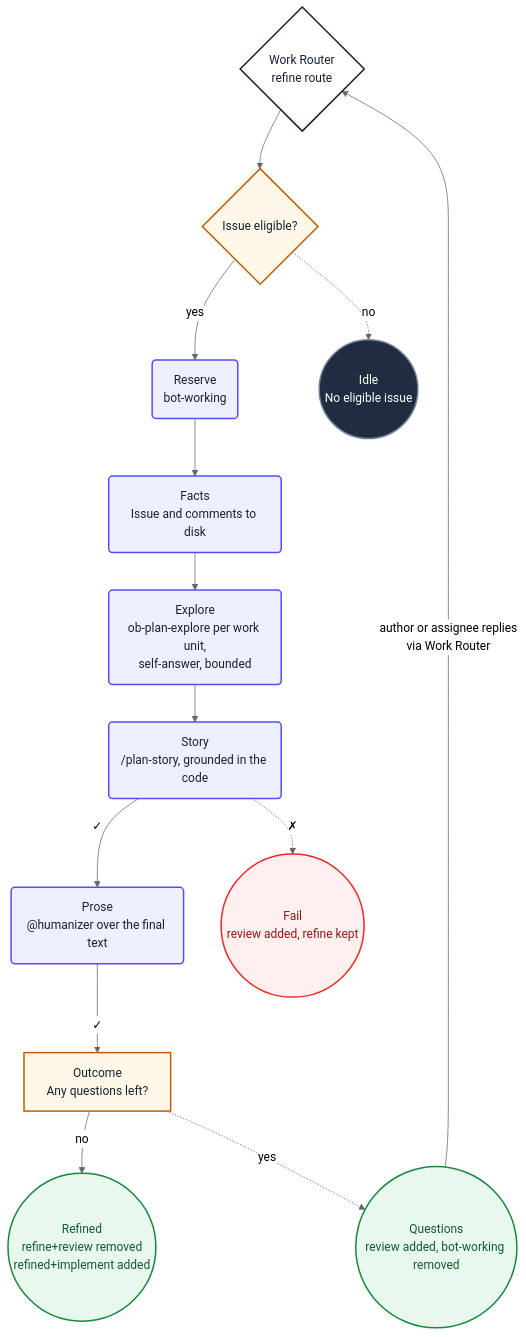
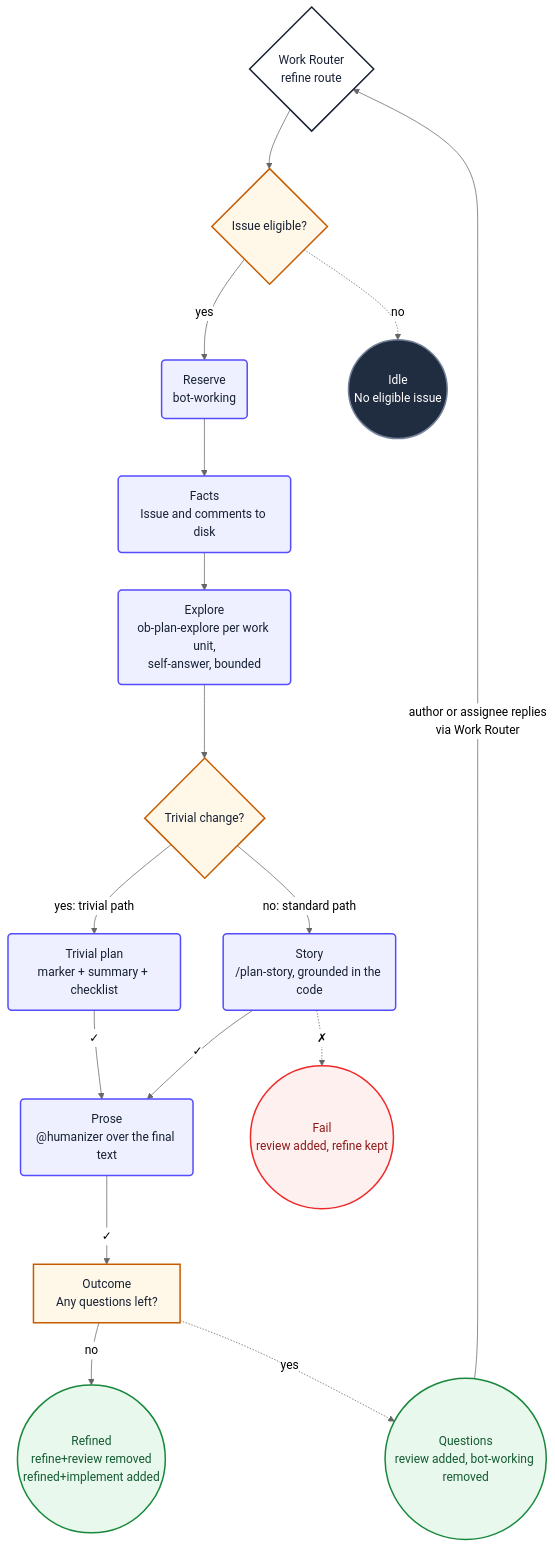
The diagram in loops/workflows/agent-refine.md (PlainConceptsPlatform/Agentic-Workflows), drawn with Mermaid (neutral theme) before and after one commit. The commit also changed other lines of this file and 1 other file, not shown here.

First line of the commit message:
feat: trivial change fast path in refine and implement

````diff
--- a/loops/workflows/agent-refine.md
+++ b/loops/workflows/agent-refine.md
@@ -347,33 +377,37 @@
 ```mermaid
 flowchart TD
     refStart{"Work Router<br/>refine route"} --> refPick
     refPick{"Issue eligible?"} -->|yes| refReserve
     refPick -.->|no| refIdle
     refReserve("Reserve<br/>bot-working") --> refFacts
     refFacts("Facts<br/>Issue and comments to disk") --> refExplore
-    refExplore("Explore<br/>ob-plan-explore per work unit,<br/>self-answer, bounded") --> refStory
+    refExplore("Explore<br/>ob-plan-explore per work unit,<br/>self-answer, bounded") --> refClassify
+    refClassify{"Trivial change?"}
+    refClassify -->|yes: trivial path| refTrivial
+    refClassify -->|no: standard path| refStory
+    refTrivial("Trivial plan<br/>marker + summary + checklist") -->|✓| refProse
     refStory("Story<br/>/plan-story, grounded in the code") -->|✓| refProse
     refStory -.->|✗| refFail
     refProse("Prose<br/>@humanizer over the final text") -->|✓| refOutcome
     refOutcome["Outcome<br/>Any questions left?"] -->|no| refDone
     refOutcome -.->|yes| refAsk
     refDone(("Refined<br/>refine+review removed<br/>refined+implement added"))
     refAsk(("Questions<br/>review added, bot-working removed"))
     refAsk -->|author or assignee replies<br/>via Work Router| refStart
     refIdle(("Idle<br/>No eligible issue"))
     refFail(("Fail<br/>review added, refine kept"))
 
     classDef start fill:#ffffff,stroke:#172033,stroke-width:2px,color:#172033
     classDef action fill:#eef0ff,stroke:#554cff,stroke-width:2px,color:#172033
     classDef decision fill:#fff8e8,stroke:#c75b00,stroke-width:2px,color:#172033
     classDef idle fill:#202c40,stroke:#738198,stroke-width:2px,color:#ffffff
     classDef failure fill:#fff0f0,stroke:#ef2929,stroke-width:2px,color:#8b1a1a
     classDef success fill:#e8f8ec,stroke:#18883c,stroke-width:2px,color:#145a32
 
     class refStart start
-    class refReserve,refFacts,refExplore,refStory,refProse action
-    class refPick,refOutcome decision
+    class refReserve,refFacts,refExplore,refStory,refTrivial,refProse action
+    class refPick,refOutcome,refClassify decision
     class refIdle idle
     class refFail failure
     class refDone,refAsk success
 ```
````
